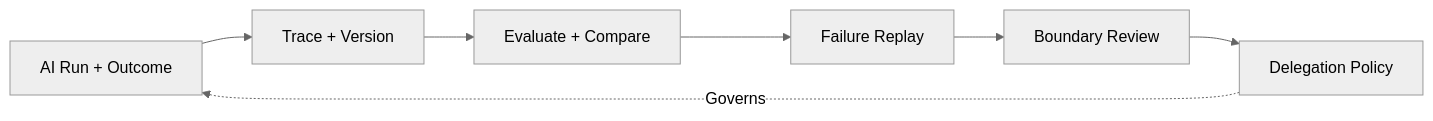
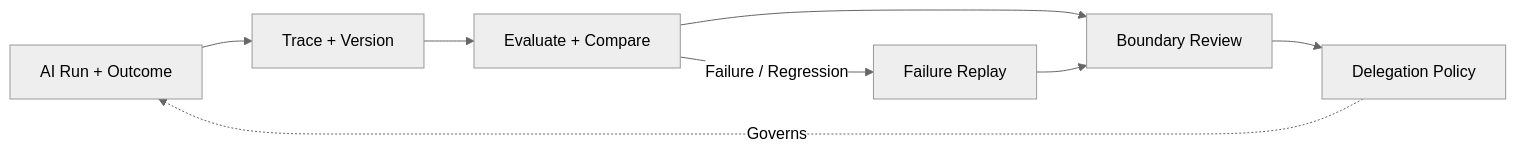
One commit to mols3131d/hmda-data-reliability changed the third of 3 diagrams in docs/VISION.md. Above: the diagram before and after it, drawn with Mermaid (neutral theme). The commit also changed other lines of this file, not shown here.

Commit message:
docs: tighten final vision flows

````diff
--- a/docs/VISION.md
+++ b/docs/VISION.md
@@ -95,9 +97,10 @@
 ```mermaid
 flowchart LR
     run["AI Run + Outcome"] --> trace["Trace + Version"]
     trace --> evaluate["Evaluate + Compare"]
-    evaluate --> replay["Failure Replay"]
-    replay --> review["Boundary Review"]
+    evaluate --> review["Boundary Review"]
+    evaluate -->|Failure / Regression| replay["Failure Replay"]
+    replay --> review
     review --> policy["Delegation Policy"]
     policy -. Governs .-> run
 ```
````
